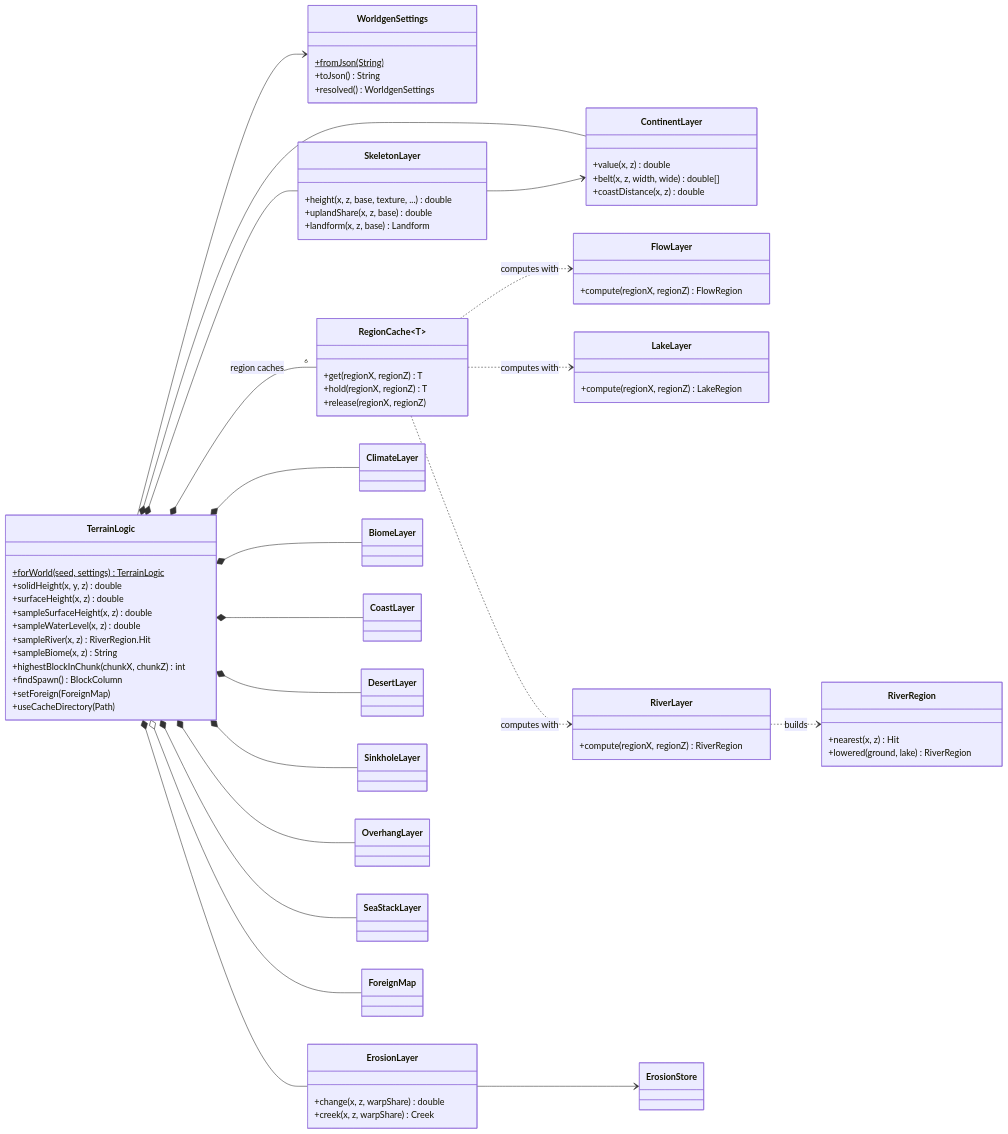
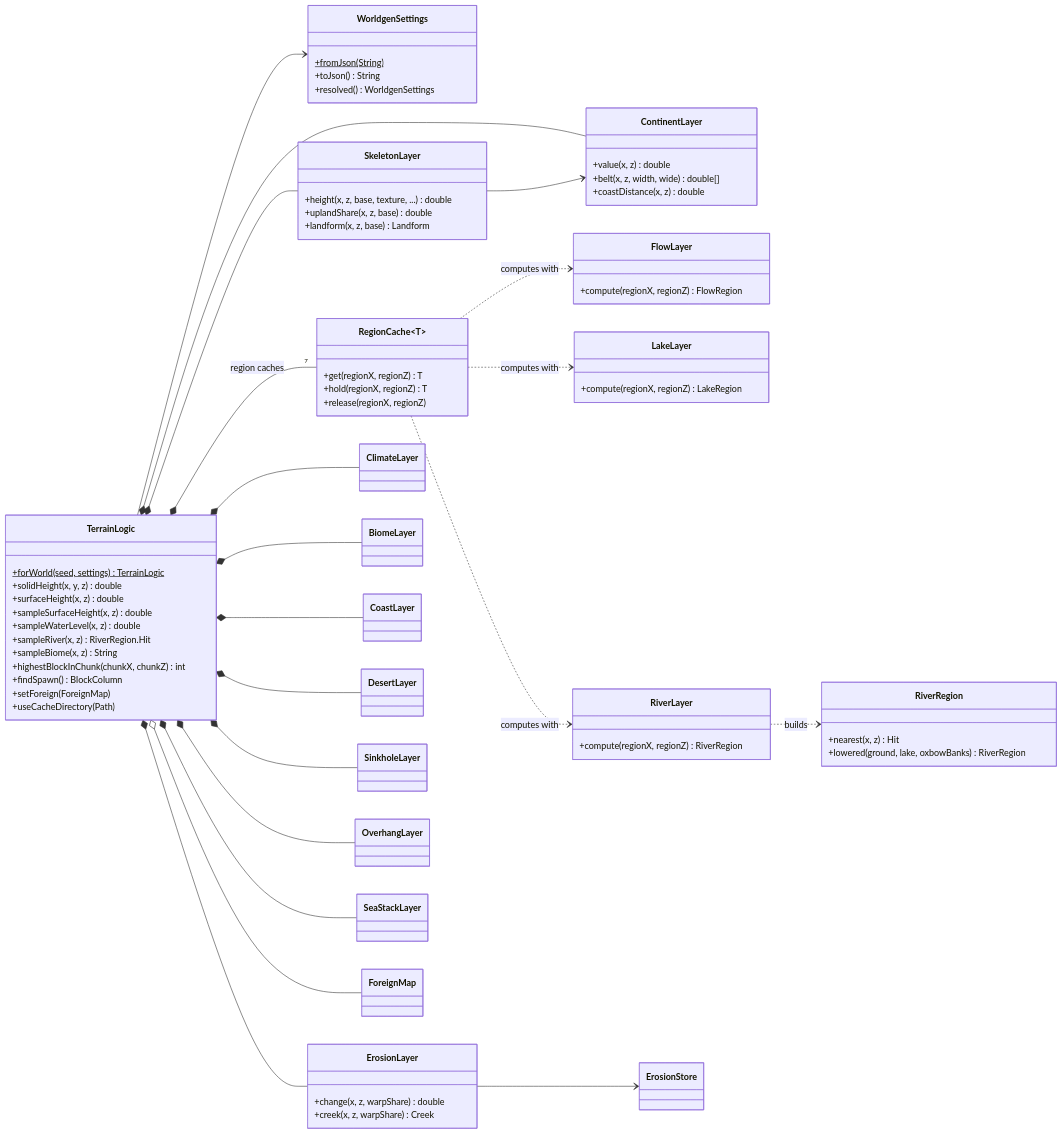
The second of 11 diagrams in docs/architecture.md (MitsuhaQuQ/MTM_worldGen), drawn with Mermaid before and after one commit. The commit also changed other lines of this file and 17 other files, not shown here.

```diff
--- a/docs/architecture.md
+++ b/docs/architecture.md
@@ -138,7 +139,7 @@
     }
     class RiverRegion {
         +nearest(x, z) Hit
-        +lowered(ground, lake) RiverRegion
+        +lowered(ground, lake, oxbowBanks) RiverRegion
     }
     class ErosionStore
     class ClimateLayer
@@ -162,7 +163,7 @@
     TerrainLogic *-- OverhangLayer
     TerrainLogic *-- SeaStackLayer
     TerrainLogic o-- ForeignMap
-    TerrainLogic *-- "6" RegionCache : region caches
+    TerrainLogic *-- "7" RegionCache : region caches
     RegionCache ..> FlowLayer : computes with
     RegionCache ..> LakeLayer : computes with
     RegionCache ..> RiverLayer : computes with
```
